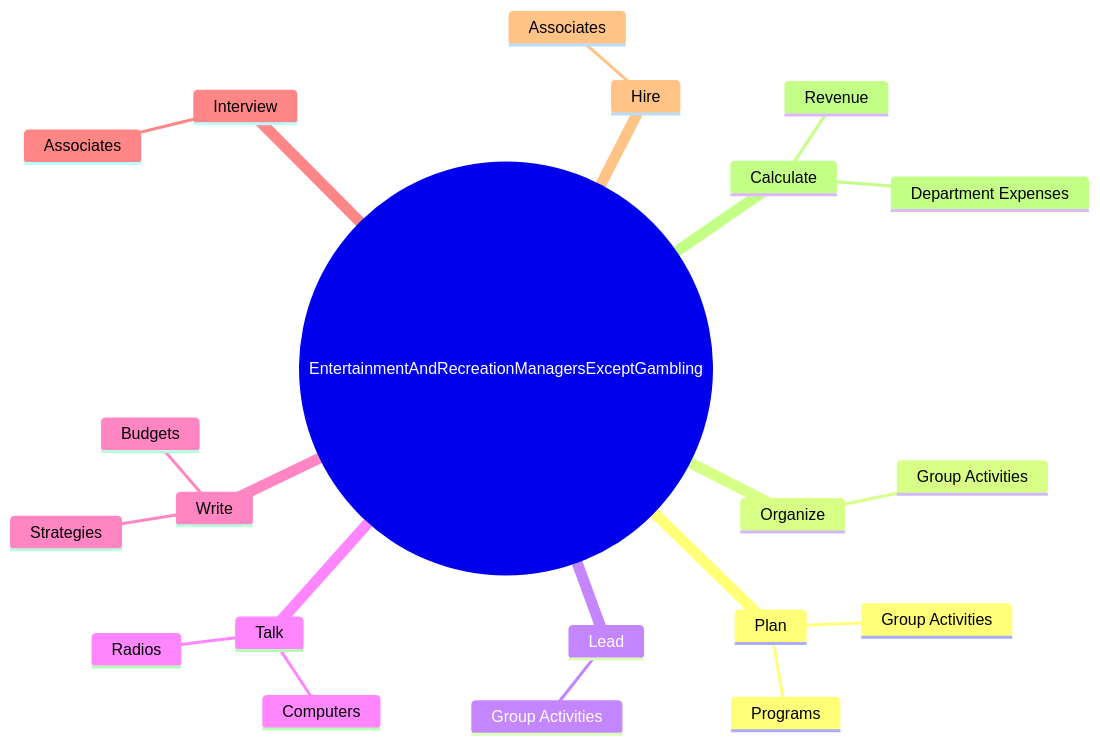
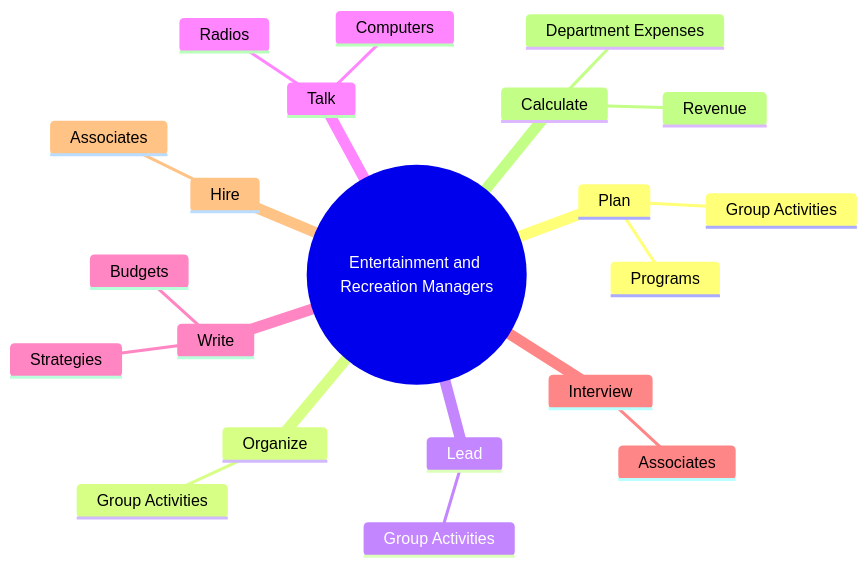
One commit to kziemski/business.org.ai changed the second of 4 diagrams in occupations/Management/EntertainmentAndRecreationManagersExceptGambling.mdx. Above: the diagram before and after it, drawn with Mermaid. The commit also changed other lines of this file and 938 other files, not shown here.

````diff
--- a/occupations/Management/EntertainmentAndRecreationManagersExceptGambling.mdx
+++ b/occupations/Management/EntertainmentAndRecreationManagersExceptGambling.mdx
@@ -37,24 +45,24 @@
 ```mermaid
 mindmap
-    root(("EntertainmentAndRecreationManagersExceptGambling"))
+    root(("Entertainment and Recreation Managers"))
         Plan
             Group Activities
             Programs
         Organize
             Group Activities
         Lead
             Group Activities
         Talk
             Computers
             Radios
         Write
             Budgets
             Strategies
         Interview
             Associates
         Hire
             Associates
         Calculate
             Department Expenses
             Revenue
 ```
````
